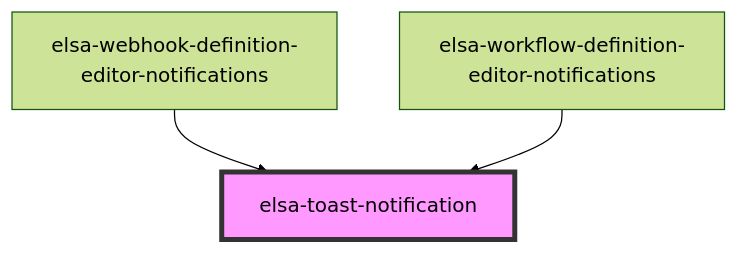
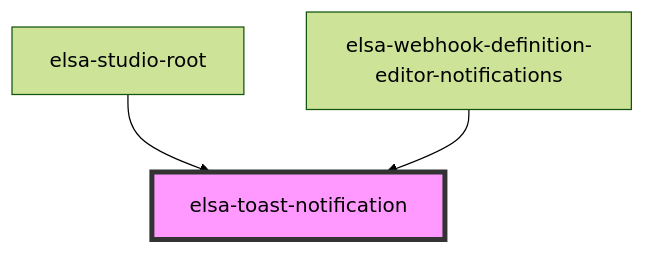
The diagram in src/designer/elsa-workflows-studio/src/components/shared/elsa-toast-notification/readme.md (elsa-workflows/elsa-core), drawn with Mermaid (forest theme) before and after one commit. The commit also changed other lines of this file and 12 other files, not shown here.

Commit message:
Add toast-notification-service

````diff
--- a/src/designer/elsa-workflows-studio/src/components/shared/elsa-toast-notification/readme.md
+++ b/src/designer/elsa-workflows-studio/src/components/shared/elsa-toast-notification/readme.md
@@ -39,6 +39,6 @@
 ```mermaid
 graph TD;
+  elsa-studio-root --> elsa-toast-notification
   elsa-webhook-definition-editor-notifications --> elsa-toast-notification
-  elsa-workflow-definition-editor-notifications --> elsa-toast-notification
   style elsa-toast-notification fill:#f9f,stroke:#333,stroke-width:4px
 ```
````
